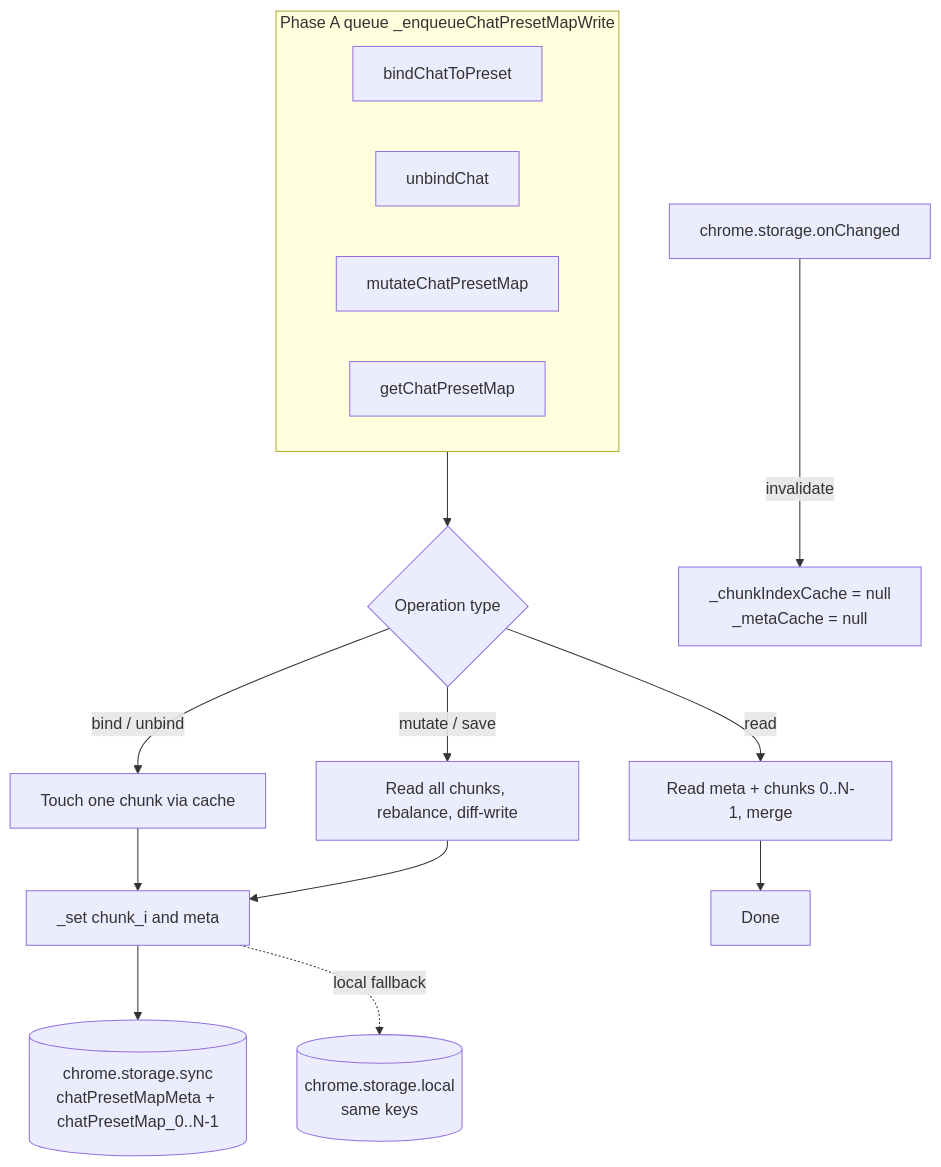
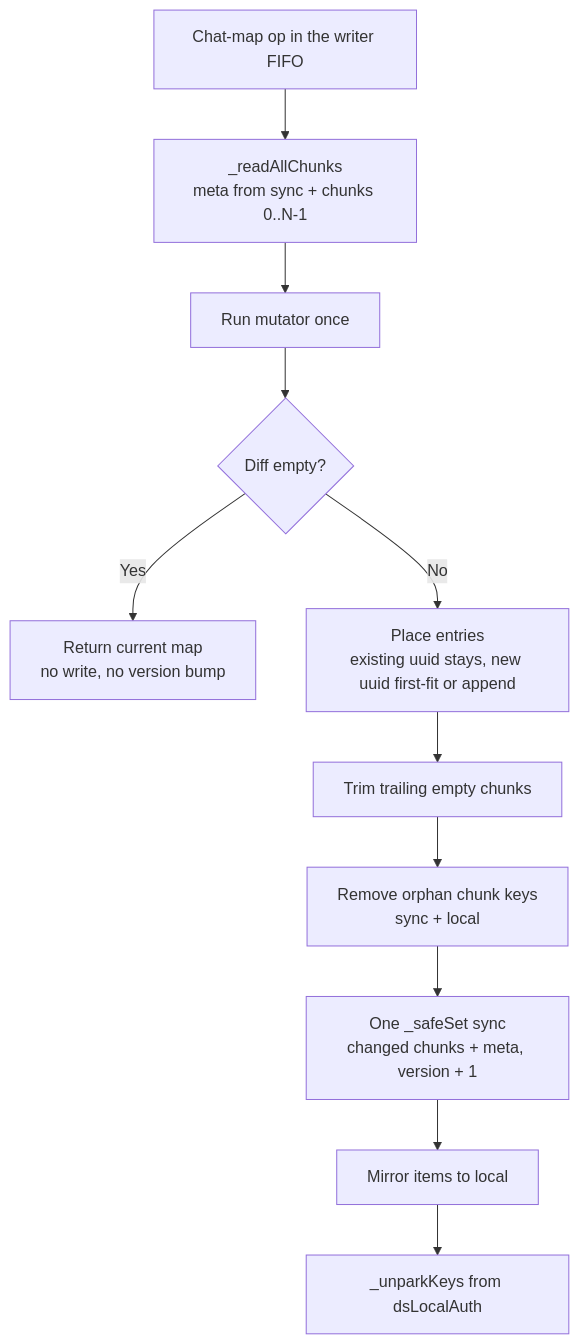
The first of 2 diagrams in docs/en/architecture/STORAGE.md (sov1n14/ds-studio), drawn with Mermaid before and after one commit. The commit also changed other lines of this file and 78 other files, not shown here.

````diff
--- a/docs/en/architecture/STORAGE.md
+++ b/docs/en/architecture/STORAGE.md
@@ -155,23 +168,13 @@
 ```mermaid
 flowchart TB
-    subgraph queue [Phase A queue _enqueueChatPresetMapWrite]
-        Op1[bindChatToPreset]
-        Op2[unbindChat]
-        Op3[mutateChatPresetMap]
-        Op4[getChatPresetMap]
-    end
-
-    queue --> Logic{Operation type}
-    Logic -->|bind / unbind| Single[Touch one chunk via cache]
-    Logic -->|mutate / save| Multi[Read all chunks, rebalance, diff-write]
-    Logic -->|read| Read[Read meta + chunks 0..N-1, merge]
-
-    Single --> Set[_set chunk_i and meta]
-    Multi --> Set
-    Read --> Done
-
-    Set --> Storage[(chrome.storage.sync<br/>chatPresetMapMeta + chatPresetMap_0..N-1)]
-    Set -.local fallback.-> StorageLocal[(chrome.storage.local<br/>same keys)]
-
-    OC[chrome.storage.onChanged] -->|invalidate| CacheInv[_chunkIndexCache = null<br/>_metaCache = null]
+    Op[Chat-map op in the writer FIFO] --> Snap[_readAllChunks<br/>meta from sync + chunks 0..N-1]
+    Snap --> Mut[Run mutator once]
+    Mut --> Diff{Diff empty?}
+    Diff -->|Yes| NoWrite[Return current map<br/>no write, no version bump]
+    Diff -->|No| Place[Place entries<br/>existing uuid stays, new uuid first-fit or append]
+    Place --> Trim[Trim trailing empty chunks]
+    Trim --> Orphan[Remove orphan chunk keys<br/>sync + local]
+    Orphan --> Set[One _safeSet sync<br/>changed chunks + meta, version + 1]
+    Set --> Mirror[Mirror items to local]
+    Mirror --> Unpark[_unparkKeys from dsLocalAuth]
 ```
````
